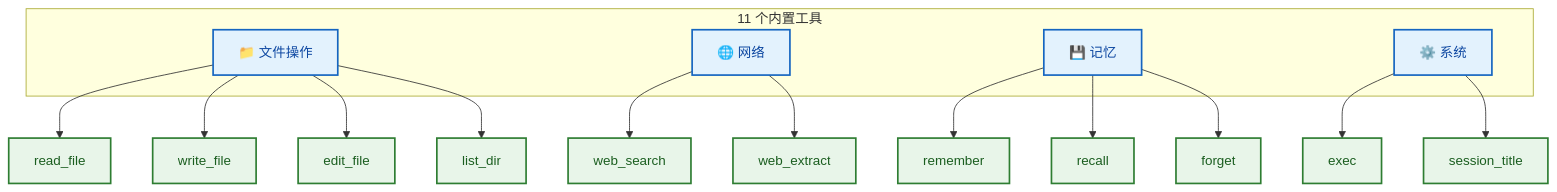
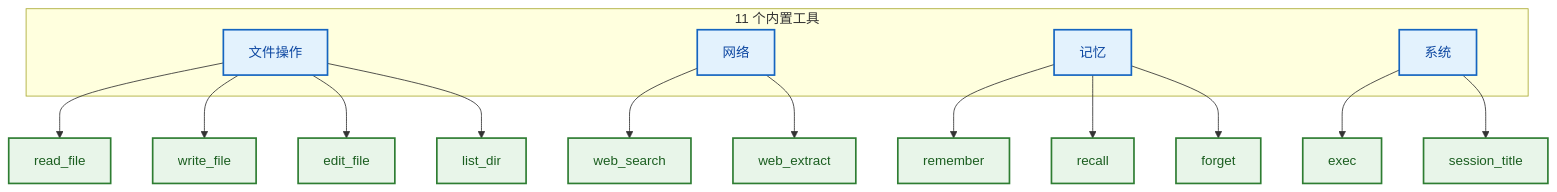
Before and after one commit to xt765/FinchBot: the third of 3 diagrams in docs/zh-CN/guide/usage.md, drawn with Mermaid. The commit also changed other lines of this file and 18 other files, not shown here.

First line of the commit message:
docs: 简化架构图并删除所有mermaid图中的表情包

````diff
--- a/docs/zh-CN/guide/usage.md
+++ b/docs/zh-CN/guide/usage.md
@@ -305,28 +302,27 @@
 ```mermaid
 flowchart TB
-    %% 样式定义
     classDef category fill:#e3f2fd,stroke:#1565c0,stroke-width:2px,color:#0d47a1;
     classDef tool fill:#e8f5e9,stroke:#2e7d32,stroke-width:2px,color:#1b5e20;
 
     subgraph Tools [11 个内置工具]
-        File[📁 文件操作]:::category
-        Web[🌐 网络]:::category
-        Memory[💾 记忆]:::category
-        System[⚙️ 系统]:::category
+        File[文件操作]:::category
+        Web[网络]:::category
+        Memory[记忆]:::category
+        System[系统]:::category
     end
 
     File --> F1[read_file]:::tool
     File --> F2[write_file]:::tool
     File --> F3[edit_file]:::tool
     File --> F4[list_dir]:::tool
 
     Web --> W1[web_search]:::tool
     Web --> W2[web_extract]:::tool
 
     Memory --> M1[remember]:::tool
     Memory --> M2[recall]:::tool
     Memory --> M3[forget]:::tool
 
     System --> S1[exec]:::tool
     System --> S2[session_title]:::tool
 ```
````
